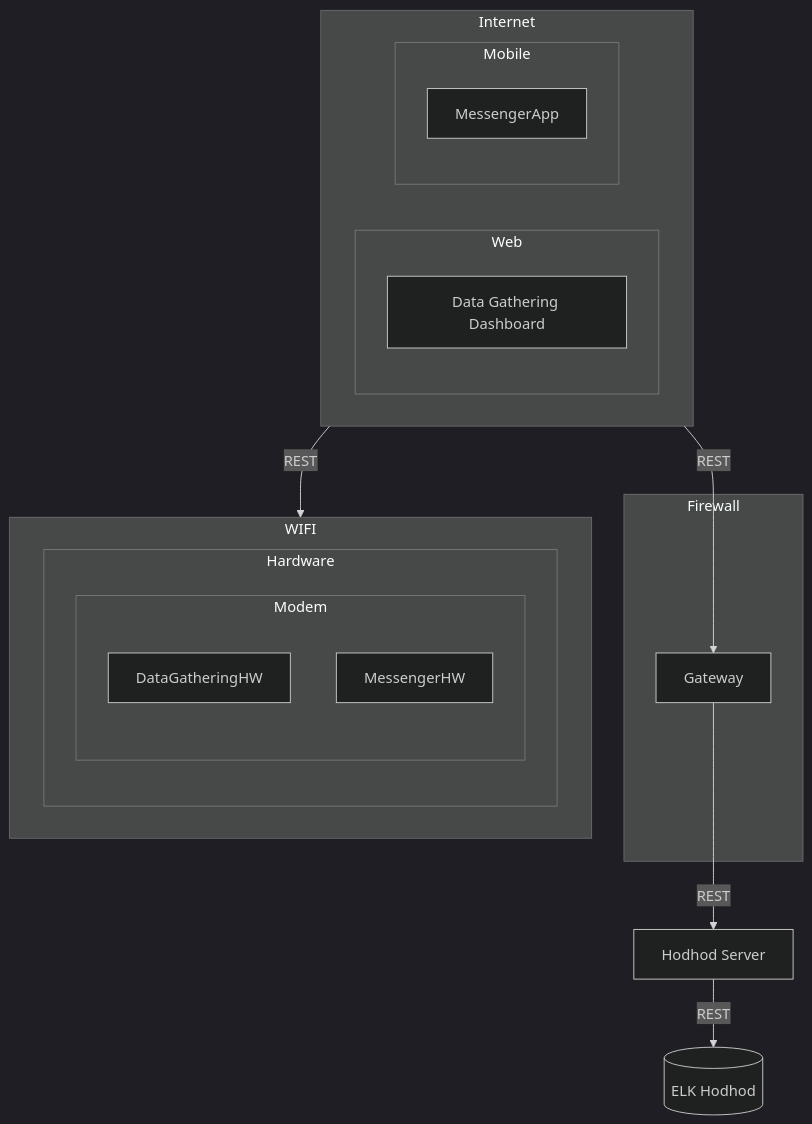
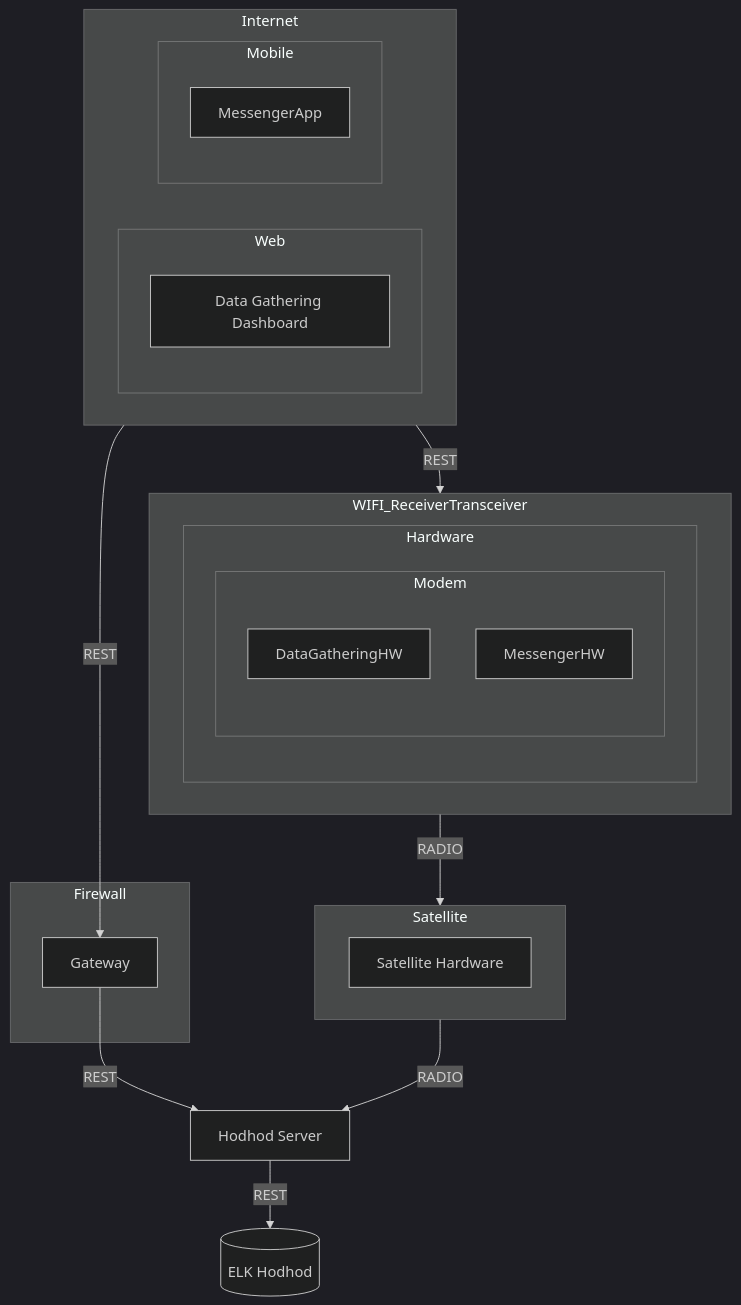
One commit to spaceomid/Documentation changed the first of 2 diagrams in docs/Satellite Communicator/Description.md. Above: the diagram before and after it, drawn with Mermaid (dark theme). The commit also changed 2 other files, not shown here.

````diff
--- a/docs/Satellite Communicator/Description.md
+++ b/docs/Satellite Communicator/Description.md
@@ -14,30 +14,38 @@
     ``` mermaid
         flowchart TB
             subgraph Internet
                 subgraph Web
                     DataGatheringDashboard[Data Gathering Dashboard]
                 end
                 subgraph Mobile
                     MessengerApp
                 end
             end
 
             subgraph Firewall
                 Gateway
             end
 
-            subgraph WIFI
+            subgraph WIFI_ReceiverTransceiver
                 subgraph Hardware
                     subgraph Modem
                         DataGatheringHW
                         MessengerHW
                     end
                 end
             end
 
+            subgraph Satellite
+                SatelliteHardware[Satellite Hardware]
+            end
+
+            WIFI_ReceiverTransceiver --RADIO--> Satellite
+            Satellite --RADIO--> HodhodServer
+
+            Internet --REST--> WIFI_ReceiverTransceiver
+
             Internet --REST--> Gateway
-            Internet --REST--> WIFI
 
             Gateway --REST--> HodhodServer[Hodhod Server]
             HodhodServer --REST--> ELKHodhod[(ELK Hodhod)]
     ```
````
